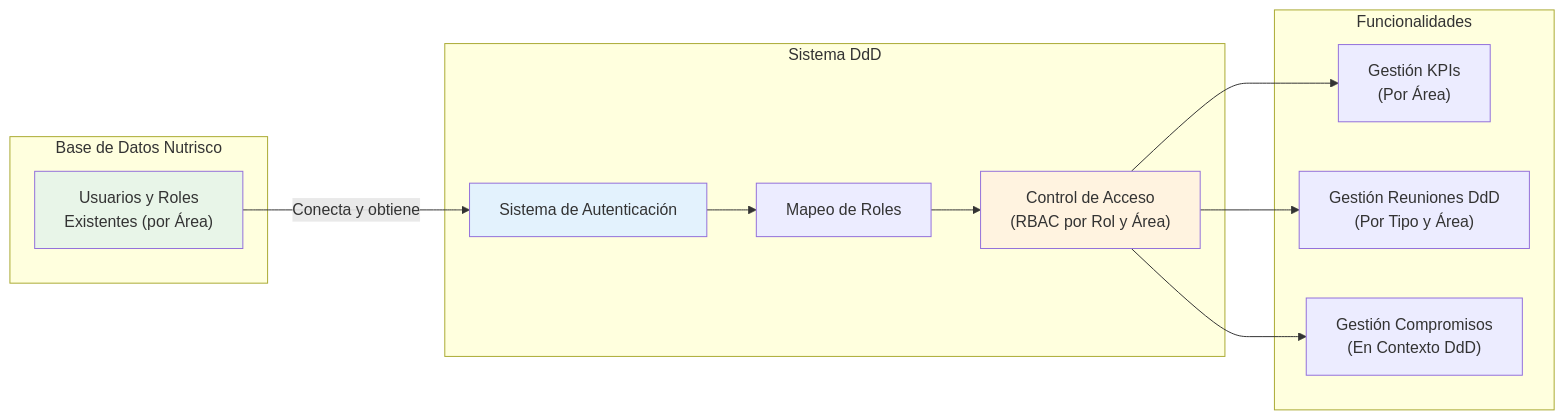
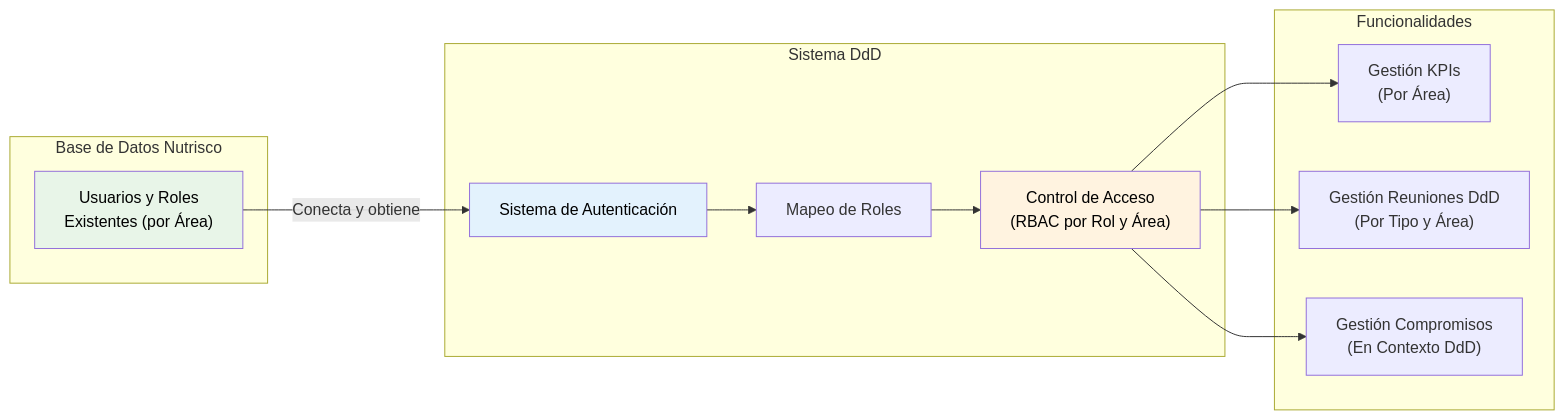
The fifth of 5 diagrams in readmeProductOwner.md (ColDev-Colivoro/Proyecto-Estandarizaci-n-normalizacion-Nutrisco), drawn with Mermaid before and after one commit. The commit also changed other lines of this file and 1 other file, not shown here.

Commit message:
refactor: update conceptual diagrams in README for enhanced clarity and integration of DdD system components

````diff
--- a/readmeProductOwner.md
+++ b/readmeProductOwner.md
@@ -869,29 +769,29 @@
 ```mermaid
 graph LR
   subgraph "Base de Datos Nutrisco"
     DB_ACTUAL["Usuarios y Roles<br/>Existentes (por Área)"]
   end
   
   subgraph "Sistema DdD"
     AUTH["Sistema de Autenticación"]
     RBAC["Control de Acceso<br/>(RBAC por Rol y Área)"]
     MAPPING["Mapeo de Roles"]
   end
   
   subgraph "Funcionalidades"
     KPI_MGMT["Gestión KPIs<br/>(Por Área)"]
     MEETING_MGMT["Gestión Reuniones DdD<br/>(Por Tipo y Área)"]
     COMMITMENT_MGMT["Gestión Compromisos<br/>(En Contexto DdD)"]
   end
   
   DB_ACTUAL -->|"Conecta y obtiene"| AUTH
   AUTH --> MAPPING
   MAPPING --> RBAC
   RBAC --> KPI_MGMT
   RBAC --> MEETING_MGMT
   RBAC --> COMMITMENT_MGMT
   
-style DB_ACTUAL fill:#e8f5e8
-  style AUTH fill:#e3f2fd
-  style RBAC fill:#fff3e0
+style DB_ACTUAL fill:#e8f5e8,color:#000000
+  style AUTH fill:#e3f2fd,color:#000000
+  style RBAC fill:#fff3e0,color:#000000
 ```
````
